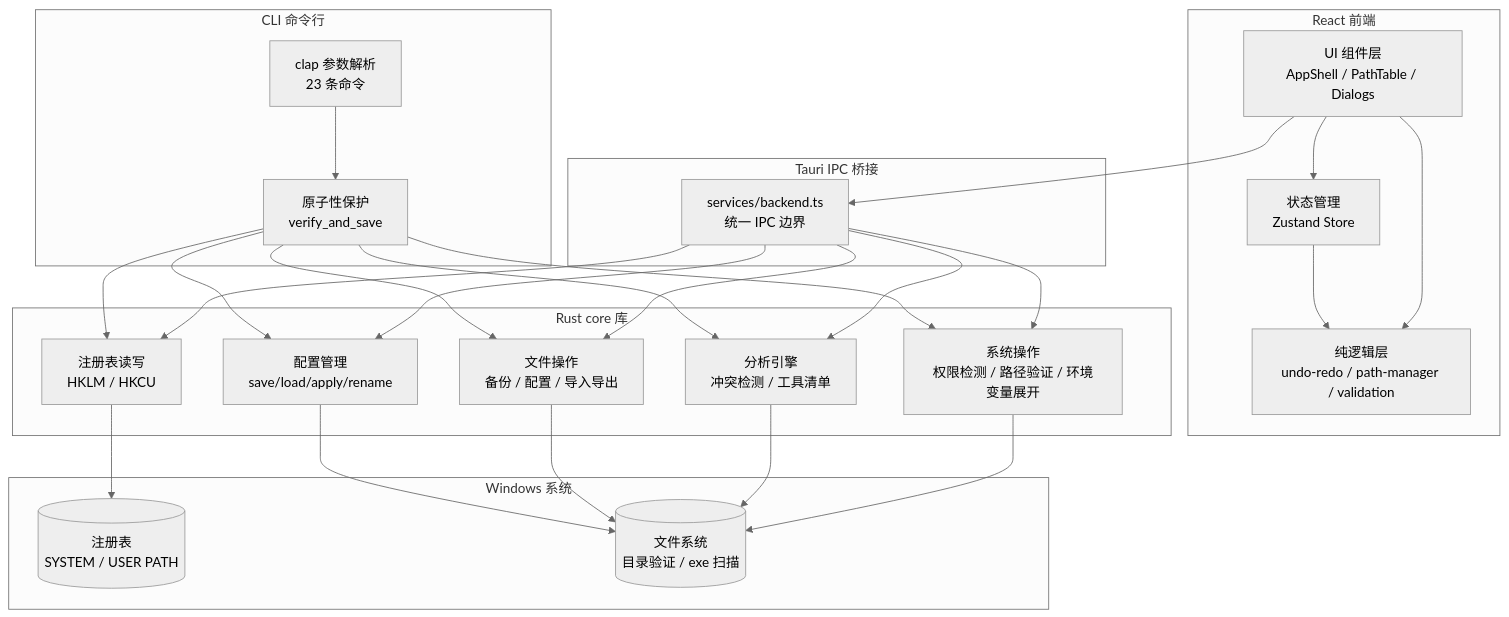
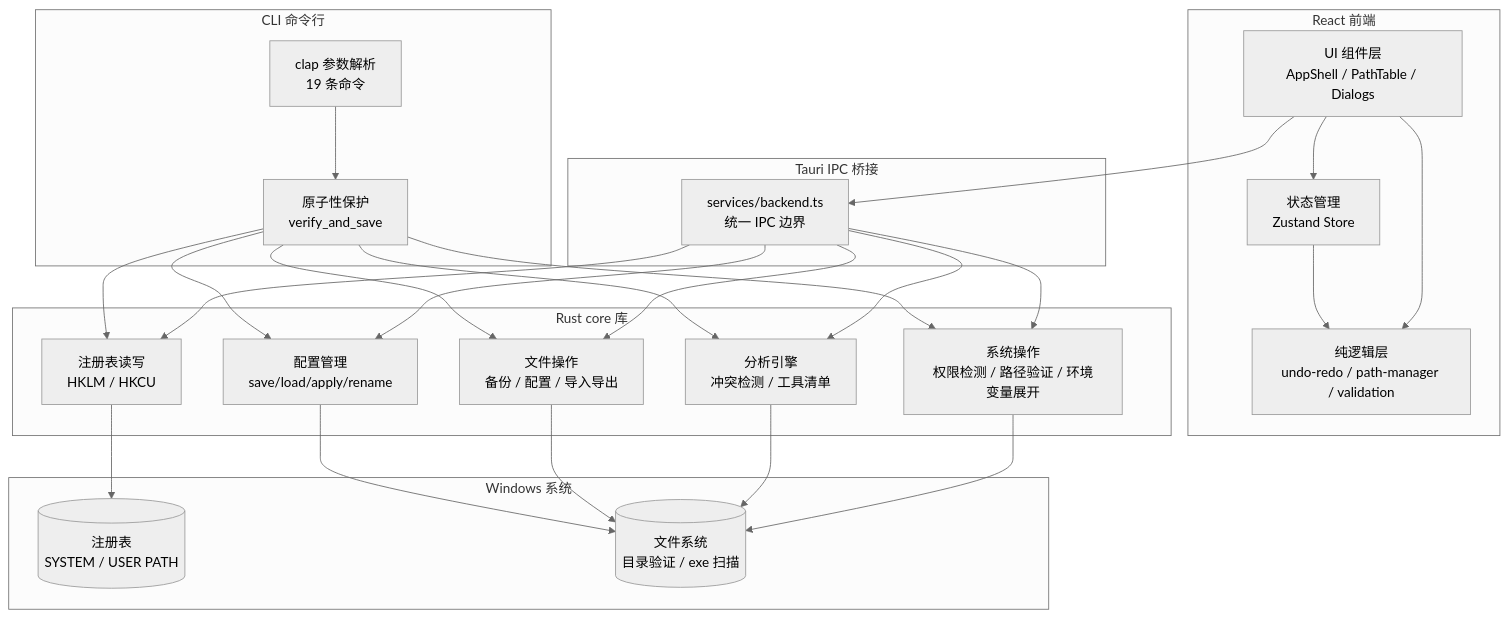
The first of 4 diagrams in README.md (LHY0125/PathEditor), drawn with Mermaid (neutral theme) before and after one commit. The commit also changed other lines of this file, not shown here.

````diff
--- a/README.md
+++ b/README.md
@@ -48,51 +48,51 @@
 ```mermaid
 graph TB
     subgraph 前端["React 前端"]
         UI[UI 组件层<br/>AppShell / PathTable / Dialogs]
         Store[状态管理<br/>Zustand Store]
         Core[纯逻辑层<br/>undo-redo / path-manager / validation]
         UI --> Store
         UI --> Core
         Store --> Core
     end
 
     subgraph CLI["CLI 命令行"]
-        Clap[clap 参数解析<br/>23 条命令]
+        Clap[clap 参数解析<br/>19 条命令]
         Atomic[原子性保护<br/>verify_and_save]
     end
 
     subgraph IPC["Tauri IPC 桥接"]
         invoke[services/backend.ts<br/>统一 IPC 边界]
     end
 
     subgraph 后端["Rust core 库"]
         Registry[注册表读写<br/>HKLM / HKCU]
         System[系统操作<br/>权限检测 / 路径验证 / 环境变量展开]
         Files[文件操作<br/>备份 / 配置 / 导入导出]
         Scanner[分析引擎<br/>冲突检测 / 工具清单]
         Profiles[配置管理<br/>save/load/apply/rename]
     end
 
     subgraph Windows["Windows 系统"]
         Reg[(注册表<br/>SYSTEM / USER PATH)]
         FS[(文件系统<br/>目录验证 / exe 扫描)]
     end
 
     UI --> invoke
     invoke --> Registry
     invoke --> System
     invoke --> Files
     invoke --> Scanner
     invoke --> Profiles
     Clap --> Atomic
     Atomic --> Registry
     Atomic --> System
     Atomic --> Files
     Atomic --> Scanner
     Atomic --> Profiles
     Registry --> Reg
     System --> FS
     Scanner --> FS
     Files --> FS
     Profiles --> FS
 ```
````
